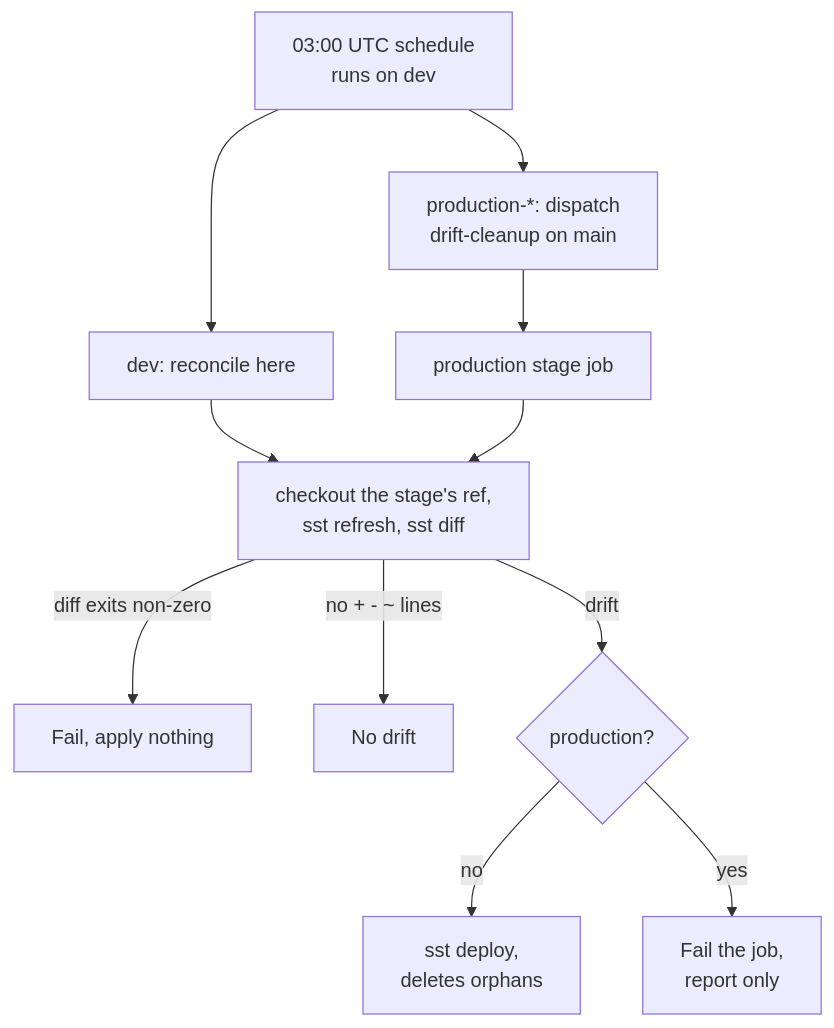
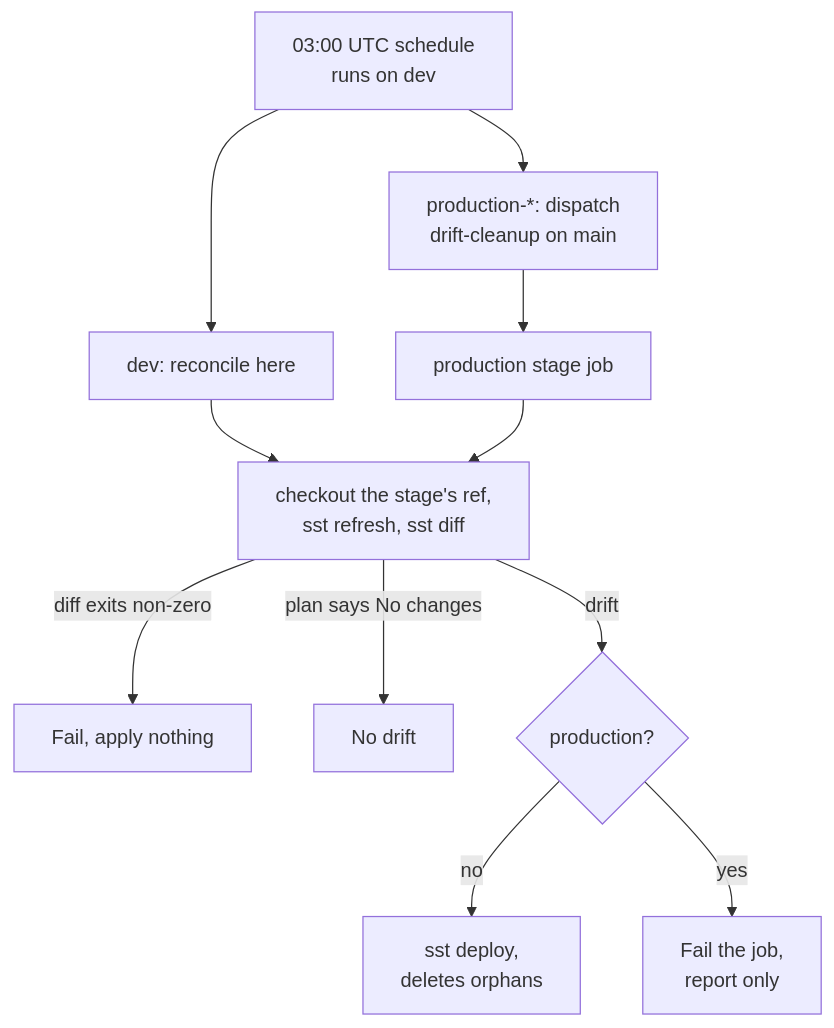
One commit to beeblastco/broods changed the fifth of 5 diagrams in apps/docs/docs/internals/ci-cd.md. Above: the diagram before and after it, drawn with Mermaid. The commit also changed 1 other file, not shown here.

Commit message:
ci(drift): read a clean plan from sst's No changes line, not the Diff header
Claude-Session: https://claude.ai/code/session_012eLb8DD35j2ZyrPng85uEV

````diff
--- a/apps/docs/docs/internals/ci-cd.md
+++ b/apps/docs/docs/internals/ci-cd.md
@@ -179,13 +179,13 @@
 ```mermaid
 flowchart TD
   A["03:00 UTC schedule<br/>runs on dev"] --> B["dev: reconcile here"]
   A --> C["production-*: dispatch<br/>drift-cleanup on main"]
   C --> P["production stage job"]
   B --> R
   P --> R["checkout the stage's ref,<br/>sst refresh, sst diff"]
   R -->|diff exits non-zero| F[Fail, apply nothing]
-  R -->|"no + - ~ lines"| OK[No drift]
+  R -->|"plan says No changes"| OK[No drift]
   R -->|drift| D{production?}
   D -->|no| DEP["sst deploy,<br/>deletes orphans"]
   D -->|yes| REP["Fail the job,<br/>report only"]
 ```
````
